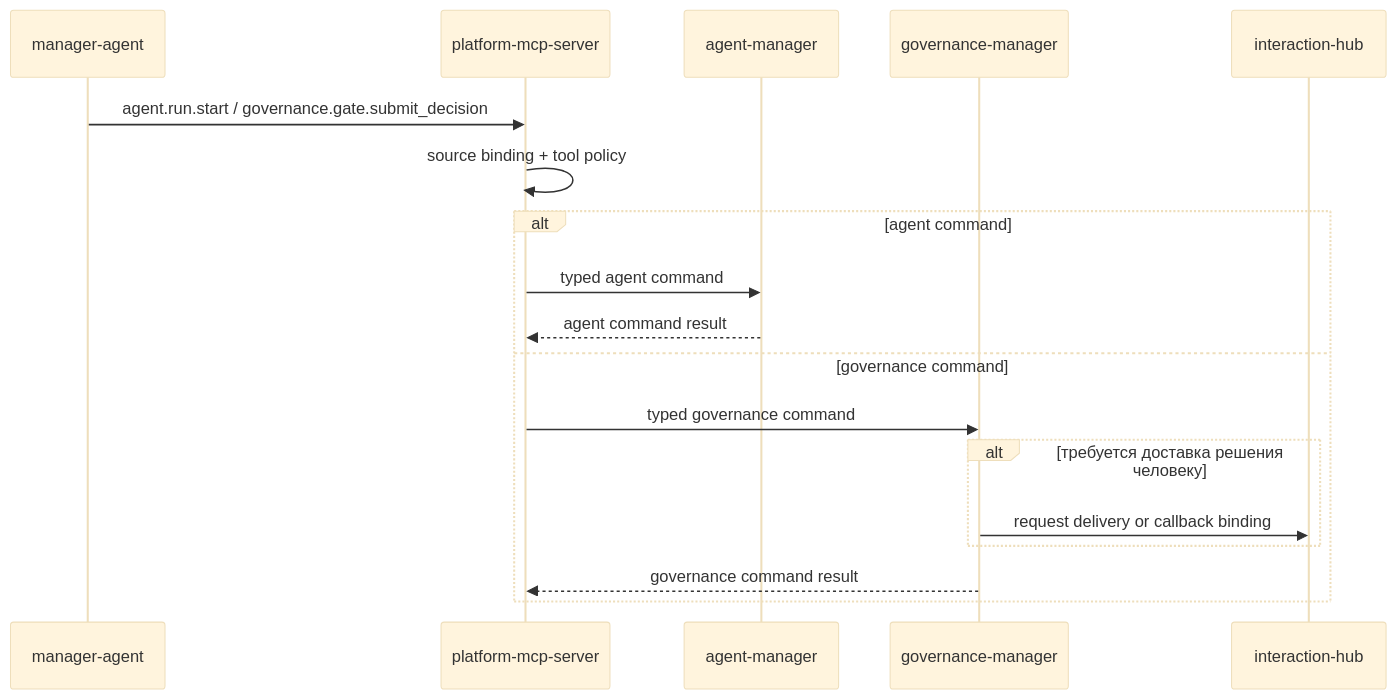
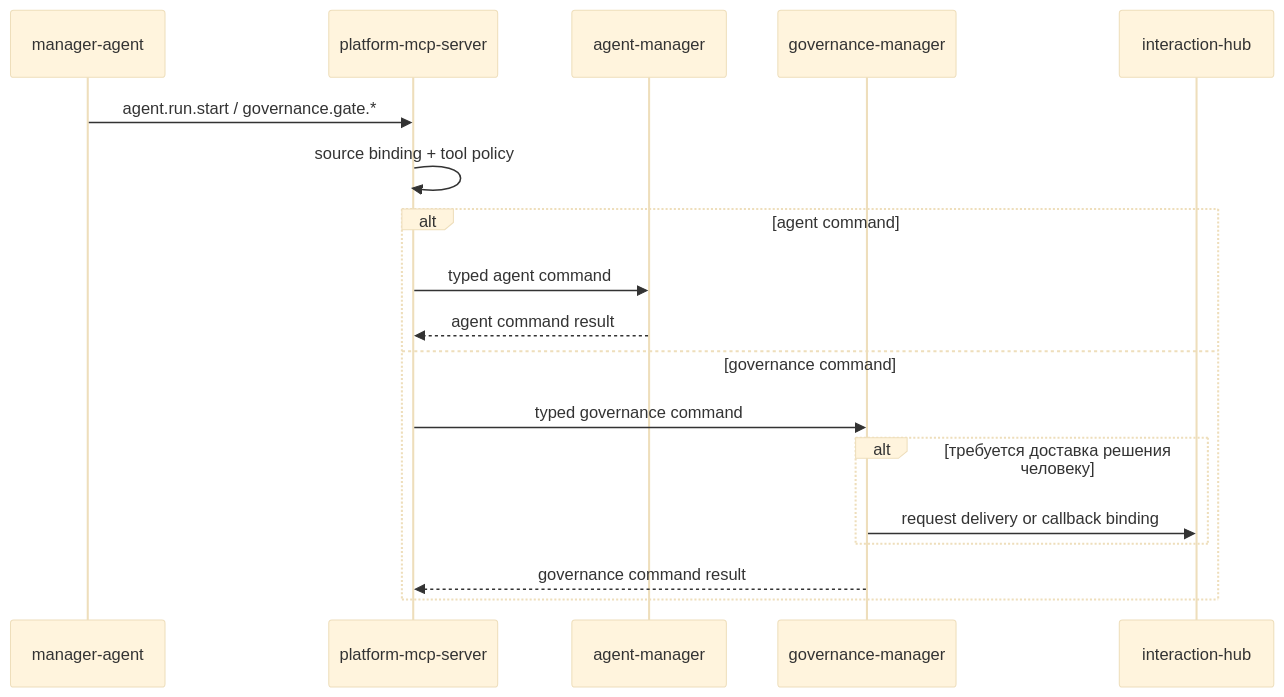
The second of 3 diagrams in docs/domains/platform-mcp-server/architecture/design.md (codex-k8s/kodex), drawn with Mermaid (base theme) before and after one commit. The commit also changed other lines of this file and 16 other files, not shown here.

Commit message:
Add governance gate MCP tools

````diff
--- a/docs/domains/platform-mcp-server/architecture/design.md
+++ b/docs/domains/platform-mcp-server/architecture/design.md
@@ -104,20 +104,20 @@
 ```mermaid
 sequenceDiagram
   participant A as manager-agent
   participant MCP as platform-mcp-server
   participant AM as agent-manager
   participant GOV as governance-manager
   participant IH as interaction-hub
-  A->>MCP: agent.run.start / governance.gate.submit_decision
+  A->>MCP: agent.run.start / governance.gate.*
   MCP->>MCP: source binding + tool policy
   alt agent command
     MCP->>AM: typed agent command
     AM-->>MCP: agent command result
   else governance command
     MCP->>GOV: typed governance command
     alt требуется доставка решения человеку
       GOV->>IH: request delivery or callback binding
     end
     GOV-->>MCP: governance command result
   end
 ```
````
